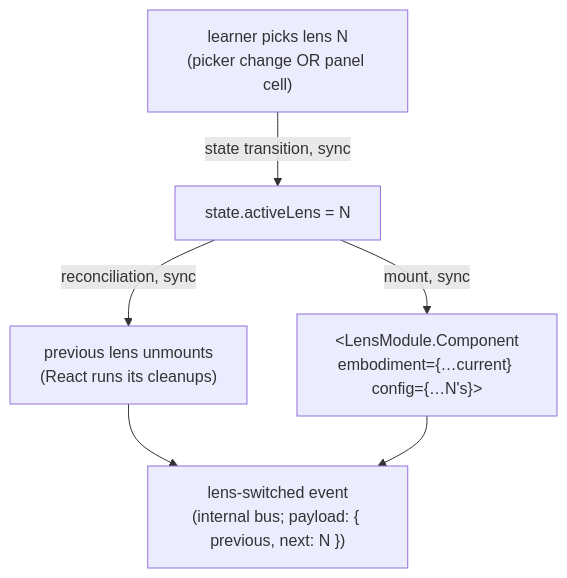
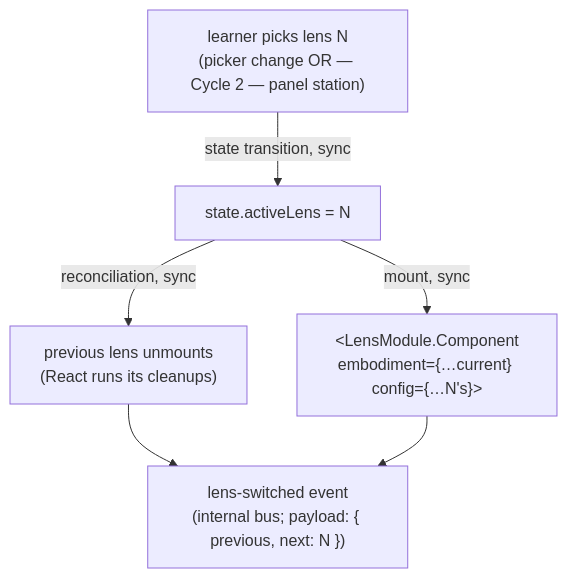
The fifth of 9 diagrams in src/lib/just-enough/javascript/orchestrate/DOCS.md (codeschoolinabox/curricula), drawn with Mermaid before and after one commit. The commit also changed other lines of this file and 7 other files, not shown here.

````diff
--- a/src/lib/just-enough/javascript/orchestrate/DOCS.md
+++ b/src/lib/just-enough/javascript/orchestrate/DOCS.md
@@ -325,9 +383,9 @@
 ```mermaid
 flowchart TD
-    Selection["learner picks lens N<br/>(picker change OR panel cell)"]
+    Selection["learner picks lens N<br/>(picker change OR — Cycle 2 — panel station)"]
     Selection -->|"state transition, sync"| ActiveLens["state.activeLens = N"]
     ActiveLens -->|"reconciliation, sync"| Unmount["previous lens unmounts<br/>(React runs its cleanups)"]
     ActiveLens -->|"mount, sync"| LensMount["&lt;LensModule.Component<br/>embodiment={…current} config={…N's}&gt;"]
     Unmount --> InternalBus["lens-switched event<br/>(internal bus; payload: { previous, next: N })"]
     LensMount --> InternalBus
 ```
````
